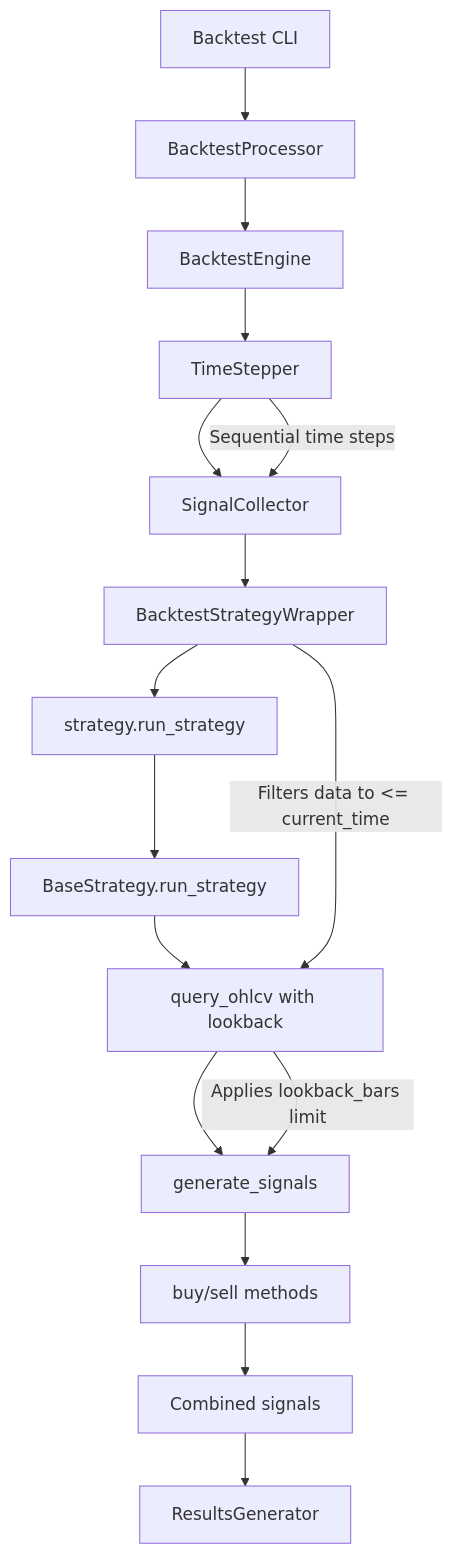
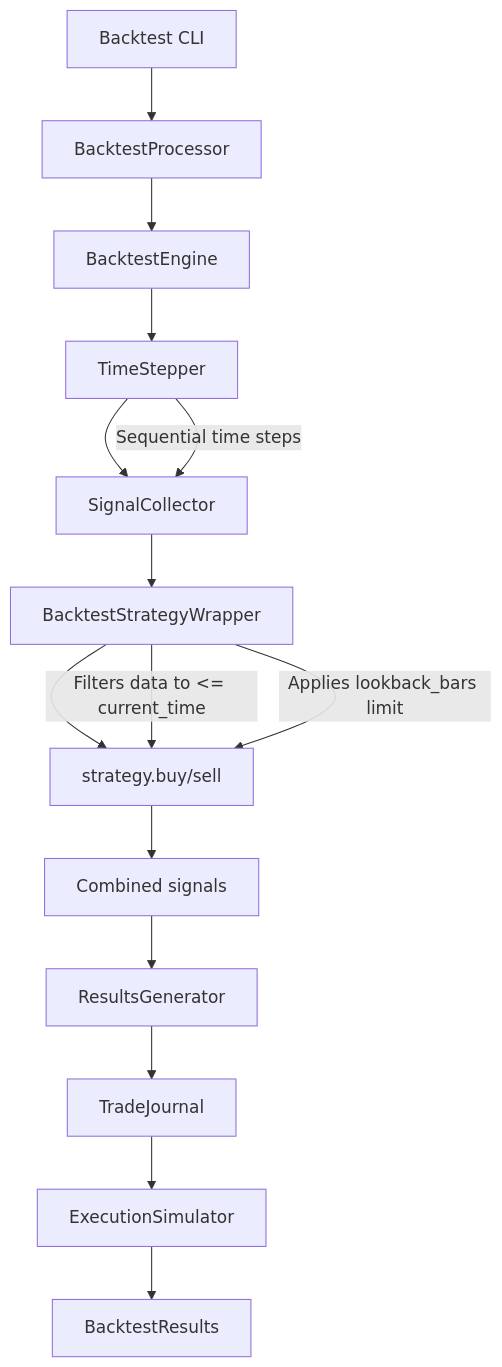
One commit to mattgpaul/Artificer changed the diagram in system/algo_trader/strategy/README.md. Above: the diagram before and after it, drawn with Mermaid. The commit also changed other lines of this file and 67 other files, not shown here.

````diff
--- a/system/algo_trader/strategy/README.md
+++ b/system/algo_trader/strategy/README.md
@@ -38,19 +38,18 @@
 ```mermaid
 graph TD
     A[Backtest CLI] --> B[BacktestProcessor]
     B --> C[BacktestEngine]
     C --> D[TimeStepper]
     D --> E[SignalCollector]
     E --> F[BacktestStrategyWrapper]
-    F --> G[strategy.run_strategy]
-    G --> H[BaseStrategy.run_strategy]
-    H --> I[query_ohlcv with lookback]
-    I --> J[generate_signals]
-    J --> K[buy/sell methods]
-    K --> L[Combined signals]
-    L --> M[ResultsGenerator]
+    F --> G[strategy.buy/sell]
+    G --> H[Combined signals]
+    H --> I[ResultsGenerator]
+    I --> J[TradeJournal]
+    J --> K[ExecutionSimulator]
+    K --> L[BacktestResults]
     
     D -->|Sequential time steps| E
-    F -->|Filters data to <= current_time| I
-    I -->|Applies lookback_bars limit| J
+    F -->|Filters data to <= current_time| G
+    F -->|Applies lookback_bars limit| G
 ```
````
